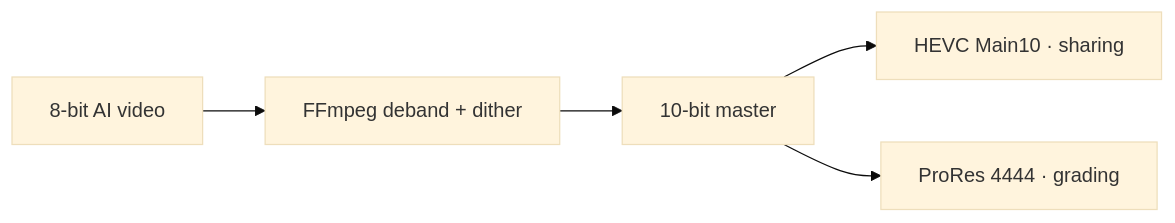
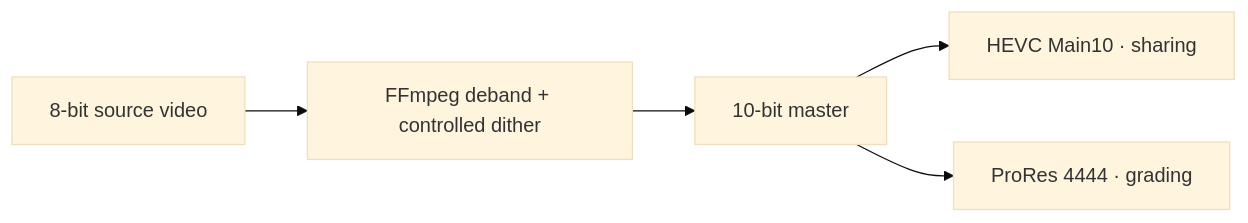
Before and after one commit to JazibAli360/10-bit-converter: the first of 2 diagrams in README.md, drawn with Mermaid (base theme). The commit also changed other lines of this file, not shown here.

````diff
--- a/README.md
+++ b/README.md
@@ -107,7 +102,7 @@
 ```mermaid
 flowchart LR
-    A["8-bit AI video"] --> B["FFmpeg deband + dither"]
+    A["8-bit source video"] --> B["FFmpeg deband + controlled dither"]
     B --> C["10-bit master"]
     C --> D["HEVC Main10 · sharing"]
     C --> E["ProRes 4444 · grading"]
 ```
````
